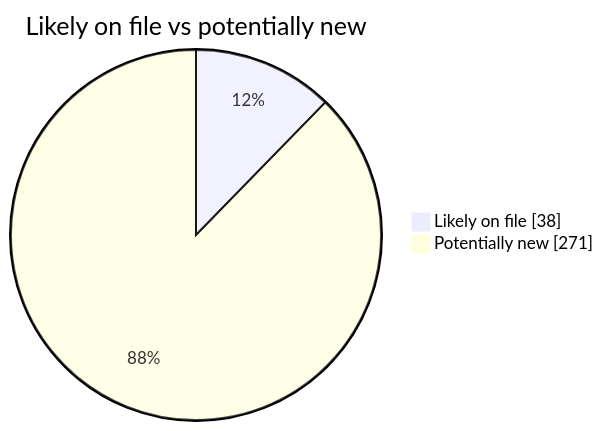
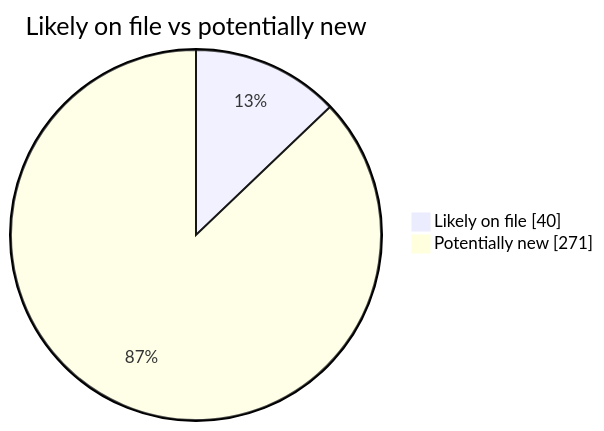
Before and after one commit to martinbalfanz/social-scanner-reports: the second of 4 diagrams in README.md, drawn with Mermaid. The commit also changed other lines of this file and 2 other files, not shown here.

````diff
--- a/README.md
+++ b/README.md
@@ -40,5 +40,5 @@
 ```mermaid
 pie showData title Likely on file vs potentially new
-    "Likely on file" : 38
+    "Likely on file" : 40
     "Potentially new" : 271
 ```
````
